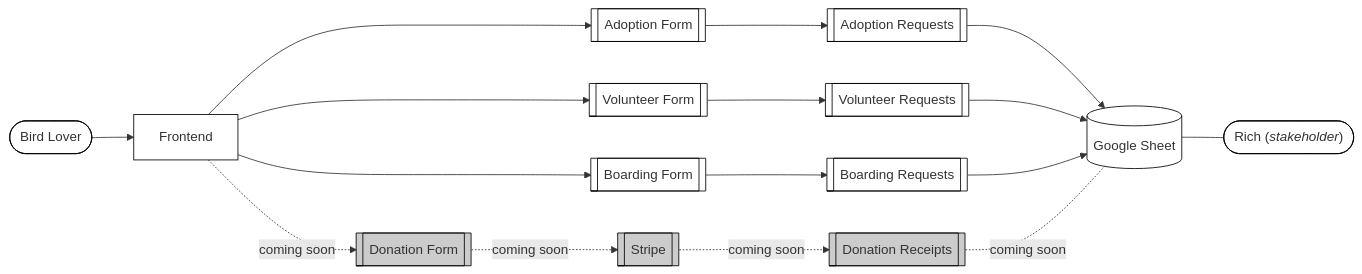
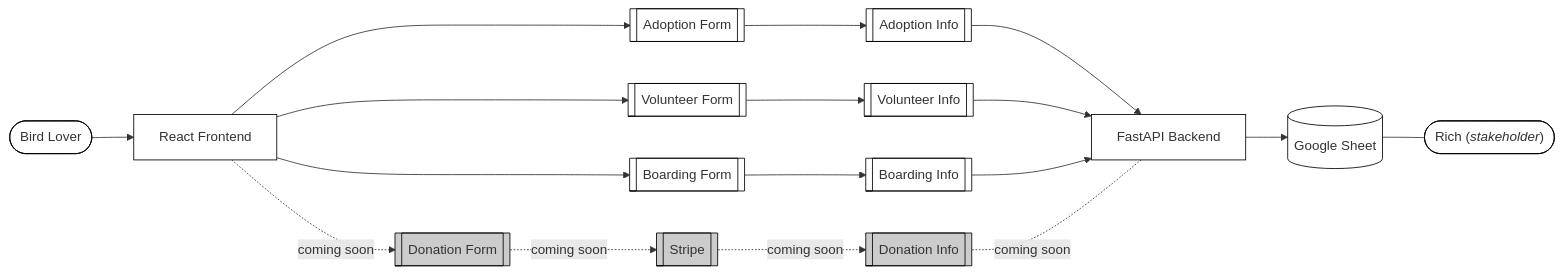
The diagram in README.md (jae-finger/rescuethebirds-be), drawn with Mermaid before and after one commit.

Commit message:
updated flowchart

````diff
--- a/README.md
+++ b/README.md
@@ -44,47 +44,51 @@
 ```mermaid
 
 graph LR;
     style randomuser fill:#ffffff, stroke:#000000;
-    randomuser([Bird Lover])-->frontend[Frontend];
+    randomuser([Bird Lover])-->frontend[React Frontend];
     
     style frontend fill:#ffffff, stroke:#000000;
     frontend-.->|coming soon|8[[Donation Form]];
     
     style 1 fill:#ffffff, stroke:#000000;
     frontend-->7[[Boarding Form]];
 
     style 2 fill:#ffffff, stroke:#000000;
     frontend-->6[[Volunteer Form]];
 
     style 3 fill:#ffffff, stroke:#000000;
     frontend-->5[[Adoption Form]];
     
-    5-->1[[Adoption Requests]];
+    5-->1[[Adoption Info]];
 
     style 5 fill:#ffffff, stroke:#000000;
-    6-->2[[Volunteer Requests]];
+    6-->2[[Volunteer Info]];
 
     style 6 fill:#ffffff, stroke:#000000;
-    7-->3[[Boarding Requests]];
+    7-->3[[Boarding Info]];
     style 7 fill:#ffffff, stroke:#000000;
 
     8-.->|coming soon|88[[Stripe]];
-    88-.->|coming soon|4[[Donation Receipts]];
+    88-.->|coming soon|4[[Donation Info]];
     style 4 fill:#cccccc, stroke:#000000;
     style 88 fill:#cccccc, stroke:#000000;
     style 8 fill:#cccccc, stroke:#000000;
 
-    1-->googlesheet[(Google Sheet)];
+    1-->backend;
+    style backend fill:#ffffff, stroke:#000000;
+
+    2-->backend;
+    3-->backend;
+    
+    4-.-|coming soon|backend;
+
+    backend[FastAPI Backend]-->googlesheet[(Google Sheet)]
+    style backend fill:#ffffff, stroke:#000000;
     style googlesheet fill:#ffffff, stroke:#000000;
 
-    2-->googlesheet;
-    3-->googlesheet;
-    
-    4-.-|coming soon|googlesheet;
-    
     googlesheet---stakeholder(["`Rich (*stakeholder*)`"]);
 
 
     style stakeholder fill:#ffffff, stroke:#000000;
 
 ```
````
